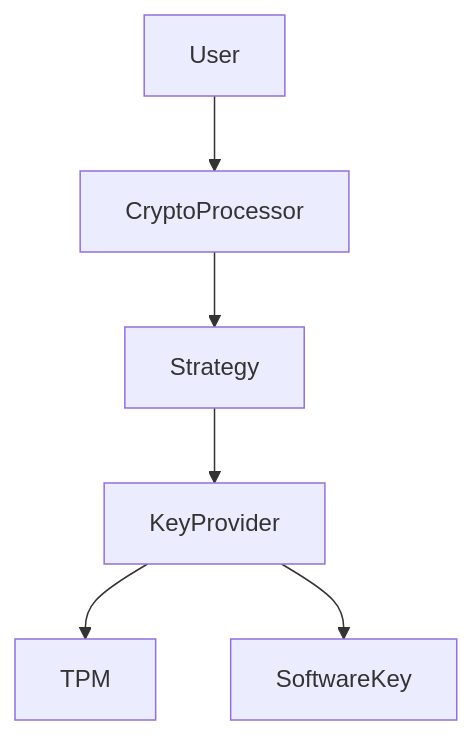
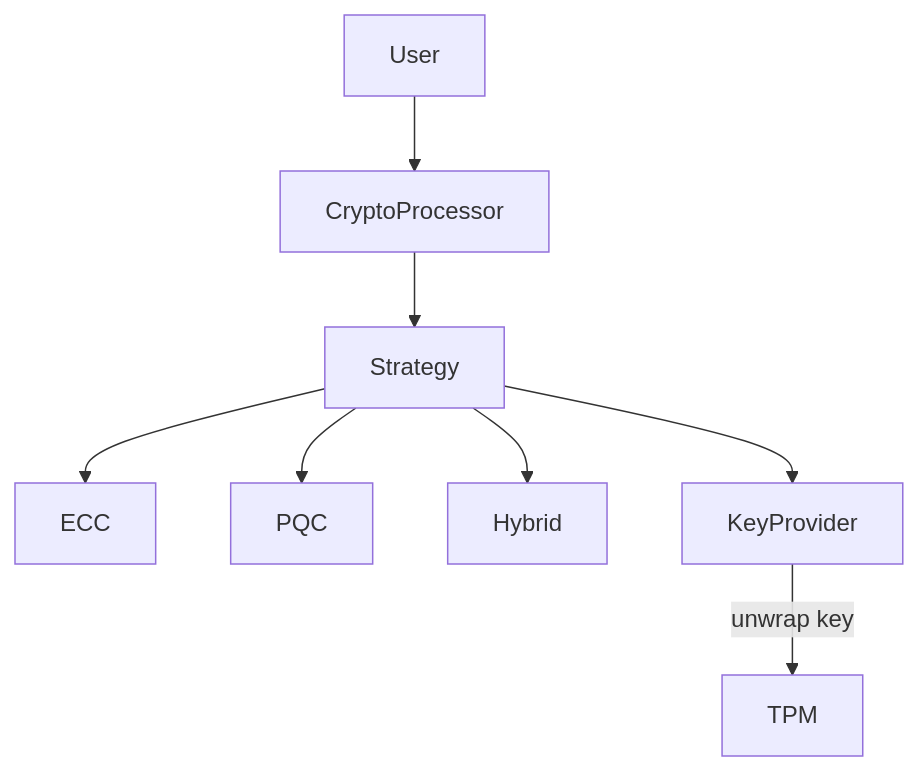
Before and after one commit to nkoriyama/nkCryptoTool: the first of 9 diagrams in README.md, drawn with Mermaid.

Commit message:
docs: refine architectural flowchart in README with strategies and TPM detail

````diff
--- a/README.md
+++ b/README.md
@@ -89,8 +89,12 @@
 ```mermaid
 flowchart TD
     User --> CryptoProcessor
     CryptoProcessor --> Strategy
+
+    Strategy --> ECC
+    Strategy --> PQC
+    Strategy --> Hybrid
+
     Strategy --> KeyProvider
-    KeyProvider --> TPM
-    KeyProvider --> SoftwareKey
+    KeyProvider -->|unwrap key| TPM
 ```
````
